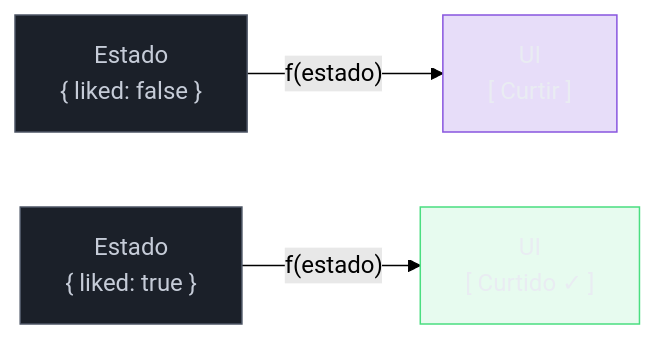
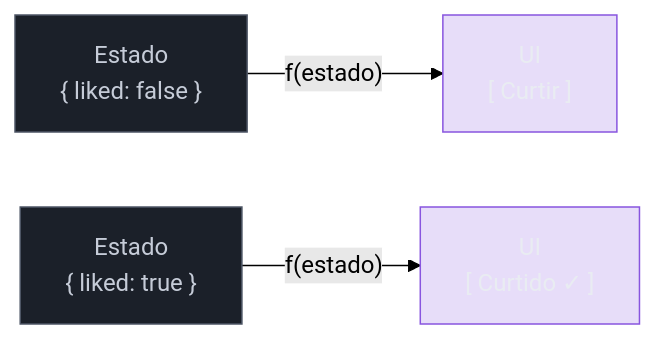
Before and after one commit to josenaldo/codex-technomanticus: the first of 4 diagrams in 03-Dominios/Tecnologia/React/React core/01 - O que é React e a UI declarativa.md, drawn with Mermaid (forest theme). The commit also changed other lines of this file and 601 other files, not shown here.

````diff
--- a/03-Dominios/Tecnologia/React/React core/01 - O que é React e a UI declarativa.md
+++ b/03-Dominios/Tecnologia/React/React core/01 - O que é React e a UI declarativa.md
@@ -110,13 +110,12 @@
 ```mermaid
 flowchart LR
     classDef neutro fill:#1B2029,stroke:#4E5666,color:#C6CCD8
     classDef marca fill:#8855DF33,stroke:#8855DF,color:#E9ECF2
-    classDef ok fill:#4ADE8021,stroke:#4ADE80,color:#E9ECF2
     E1["Estado\n{ liked: false }"] -->|"f(estado)"| V1["UI\n[ Curtir ]"]
     E2["Estado\n{ liked: true }"] -->|"f(estado)"| V2["UI\n[ Curtido ✓ ]"]
 
     class E1 neutro
     class E2 neutro
     class V1 marca
-    class V2 ok
+    class V2 marca
 ```
````
